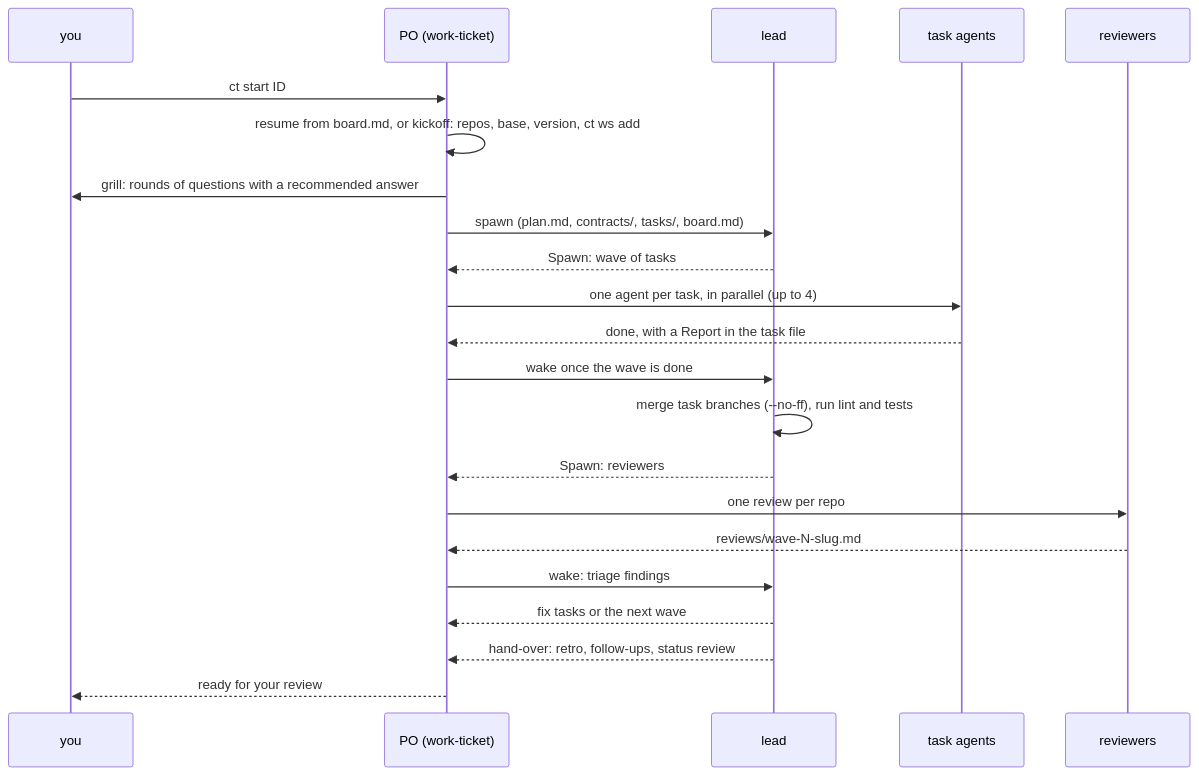
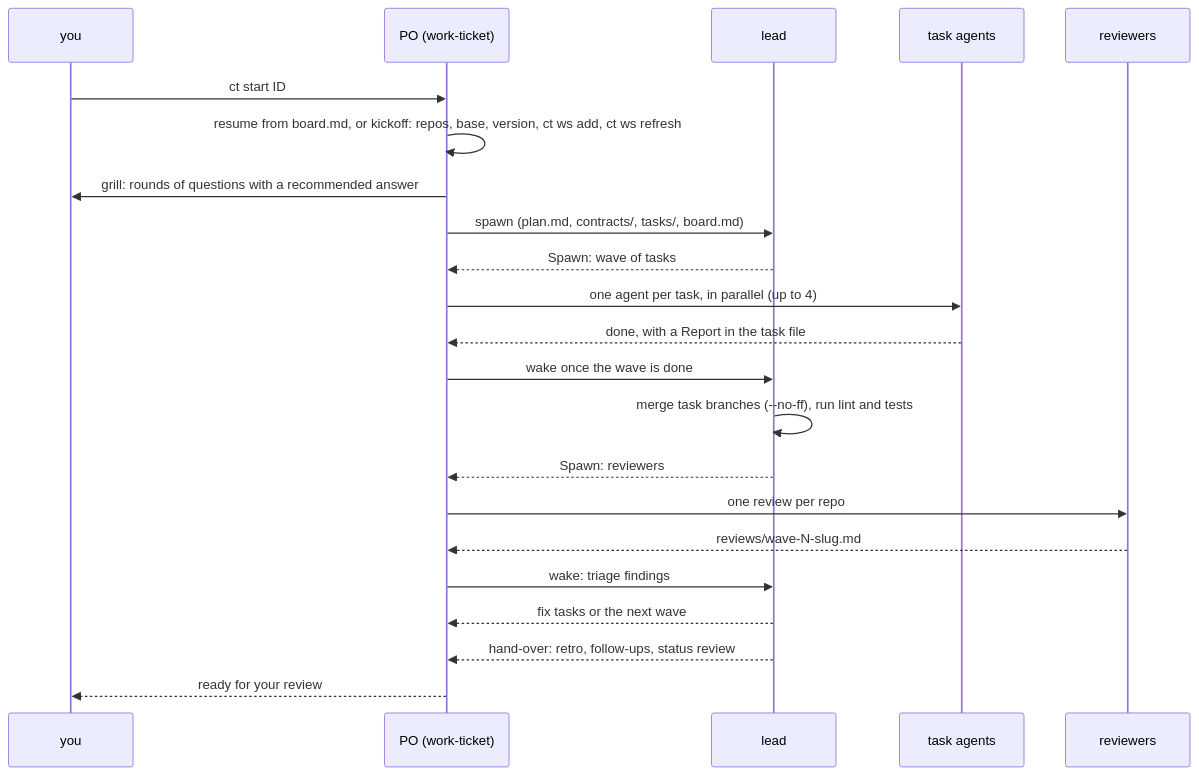
The first of 2 diagrams in docs/ticket-workflow.md (zero4573/claude-tickets), drawn with Mermaid before and after one commit. The commit also changed other lines of this file and 3 other files, not shown here.

First line of the commit message:
docs: describe diff-check, worktree graphs, task lists, ws refresh and dev starts

````diff
--- a/docs/ticket-workflow.md
+++ b/docs/ticket-workflow.md
@@ -9,24 +9,24 @@
 ```mermaid
 sequenceDiagram
   participant U as you
   participant P as PO (work-ticket)
   participant L as lead
   participant T as task agents
   participant R as reviewers
   U->>P: ct start ID
-  P->>P: resume from board.md, or kickoff: repos, base, version, ct ws add
+  P->>P: resume from board.md, or kickoff: repos, base, version, ct ws add, ct ws refresh
   P->>U: grill: rounds of questions with a recommended answer
   P->>L: spawn (plan.md, contracts/, tasks/, board.md)
   L-->>P: Spawn: wave of tasks
   P->>T: one agent per task, in parallel (up to 4)
   T-->>P: done, with a Report in the task file
   P->>L: wake once the wave is done
   L->>L: merge task branches (--no-ff), run lint and tests
   L-->>P: Spawn: reviewers
   P->>R: one review per repo
   R-->>P: reviews/wave-N-slug.md
   P->>L: wake: triage findings
   L-->>P: fix tasks or the next wave
   L-->>P: hand-over: retro, follow-ups, status review
   P-->>U: ready for your review
 ```
````
